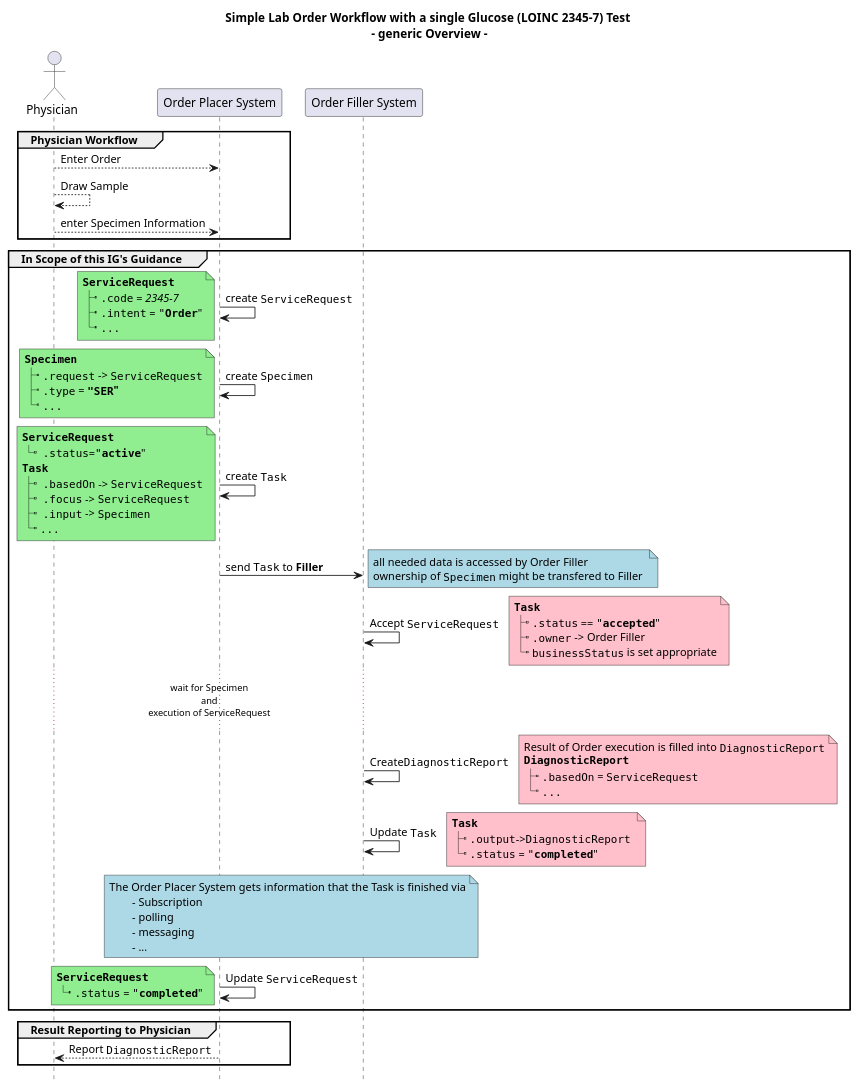
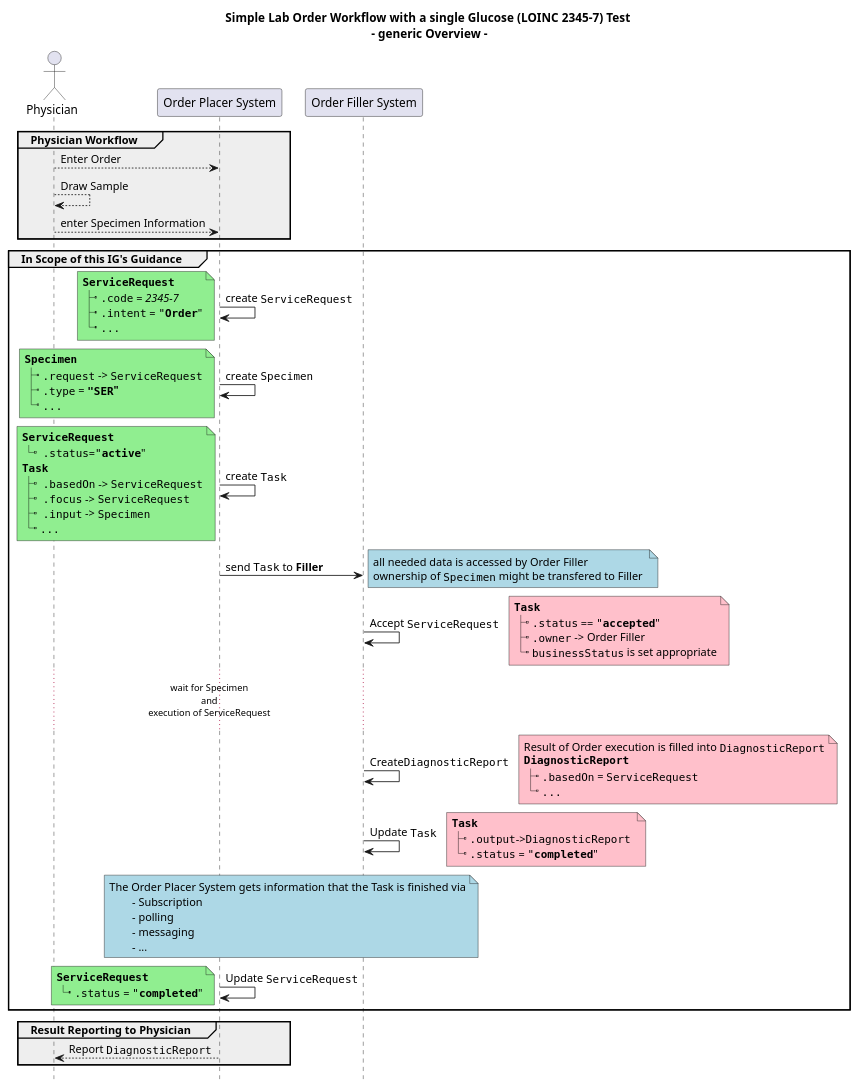
The diagram in input/images-source/ex1-simple-lab-order-flow.plantuml (HL7/fhir-cow-ig), drawn with PlantUML before and after one commit.

Commit message:
Update ex1-simple-lab-order-flow.plantuml
Changed the coloring of the Group

```diff
--- a/input/images-source/ex1-simple-lab-order-flow.plantuml
+++ b/input/images-source/ex1-simple-lab-order-flow.plantuml
@@ -1,114 +1,114 @@
 @startuml
 
 'skinparam sequenceMessageAlign center
 title 
 	Simple Lab Order Workflow with a single Glucose (LOINC 2345-7) Test 
 	- generic Overview -
 end title
 hide footbox
 
 'note across #turquoise
 '	**Assumptions:**
 '	- Physician knows which Specimen to draw (i.e. via an Order Catalog)
 '	- Specimen is drawn at the Physician office
 '	- It is clear which Order Filler will execute the Order
 '	- ""ServiceRequest"" is owned by the Order Placer; changes are allowed only to be done by Placer
 '	- ""Task"" is a shared resource of Placer and Filler and updated by both
 '	- Order Result is reported via ""DiagnosticReport""
 '	- ""DiagnosticReport"" is owned by the Order Filler
 '	- Order is accepted and is fulfilled 
 '	- Lab internal flow is **out of scope**
 '	- All needed data is accessible
 '	**Not defined**
 '	- Ownership of Specimen Resource (Ownership should/could/might change with the physical location)
 'end note
 
 actor Physician as Doc
 participant "Order Placer System" as Placer
 participant "Order Filler System" as Filler
 
-group Physician Workflow 
+group #eee Physician Workflow 
 Doc --> Placer: Enter Order
 Doc --> Doc: Draw Sample
 Doc --> Placer: enter Specimen Information
 end
 group In Scope of this IG's Guidance
 Placer -> Placer: create ""ServiceRequest"" 
 
 
 
 note left #lightgreen
 	**""ServiceRequest""**
 	|_ "".code"" = //2345-7//
 	|_ "".intent"" = """**Order**"""
 	|_ ""...""
 end note
 
 Placer -> Placer: create ""Specimen"" 
 note left #lightgreen
 	**""Specimen""**
 	|_ "".request"" -> ""ServiceRequest""
 	|_ "".type"" = **"""SER"""**
 	|_ ""...""
 end note
 
 Placer -> Placer: create ""Task"" 
 note left #lightgreen
 	**""ServiceRequest""**
 	|_  "".status""="""**active**"""
 	**""Task""**
 	|_  "".basedOn"" -> ""ServiceRequest""
 	|_  "".focus"" -> ""ServiceRequest""
 	|_  "".input"" -> ""Specimen""
 	|_ ""...""
 end note 
 
 Placer -> Filler: send ""Task"" to **Filler** 
 note right #lightblue
 	all needed data is accessed by Order Filler
 	ownership of ""Specimen"" might be transfered to Filler 
 end note
 Filler -> Filler: Accept ""ServiceRequest"" 
 note right #pink
 	**""Task""**
 	|_ "".status"" == """**accepted**"""
 	|_ "".owner"" -> Order Filler
 	|_ ""businessStatus"" is set appropriate
 end note
 
 ... wait for Specimen \nand\nexecution of ServiceRequest... 
 
 
 Filler -> Filler: Create""DiagnosticReport"" 
 note right #pink
 	Result of Order execution is filled into ""DiagnosticReport""
 	**""DiagnosticReport""**
 	|_ "".basedOn"" = ""ServiceRequest""
 	|_ ""...""
 end note
 Filler -> Filler: Update ""Task""
 note right #pink
 	**""Task""**
 	|_ "".output""->""DiagnosticReport"" 
 	|_ "".status"" = """**completed**"""
 end note
 
 note over Placer, Filler #lightblue
 	The Order Placer System gets information that the Task is finished via
 		- Subscription
 		- polling
 		- messaging
 		- ...
 end note
 
 Placer -> Placer: Update ""ServiceRequest"" 
 note left #lightgreen
 	**""ServiceRequest""**
 	|_ "".status"" = """**completed**"""
 end note
 end
-group Result Reporting to Physician
+group #eee Result Reporting to Physician
 
 Placer --> Doc: Report ""DiagnosticReport""
 end
 @enduml
```
